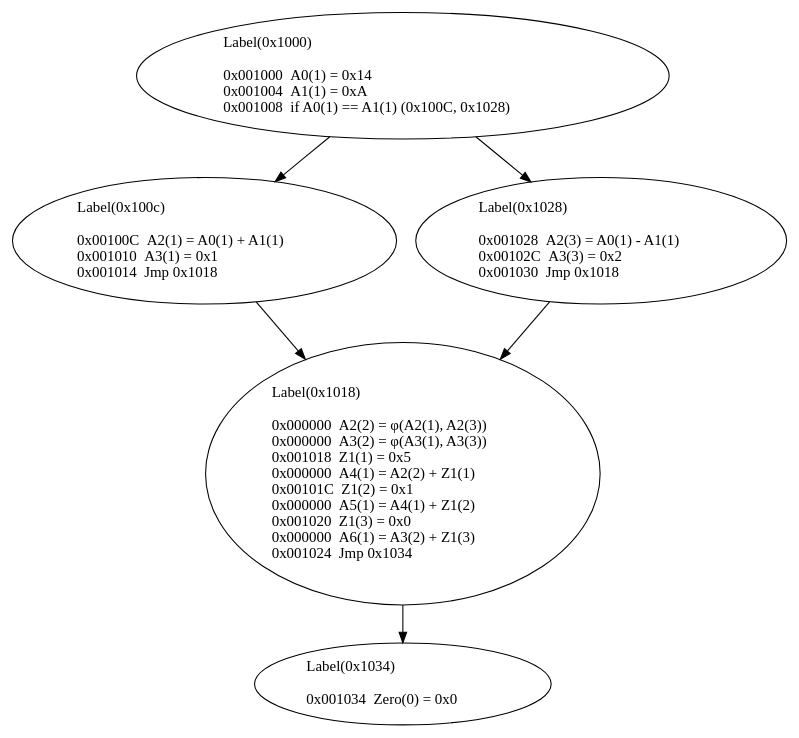
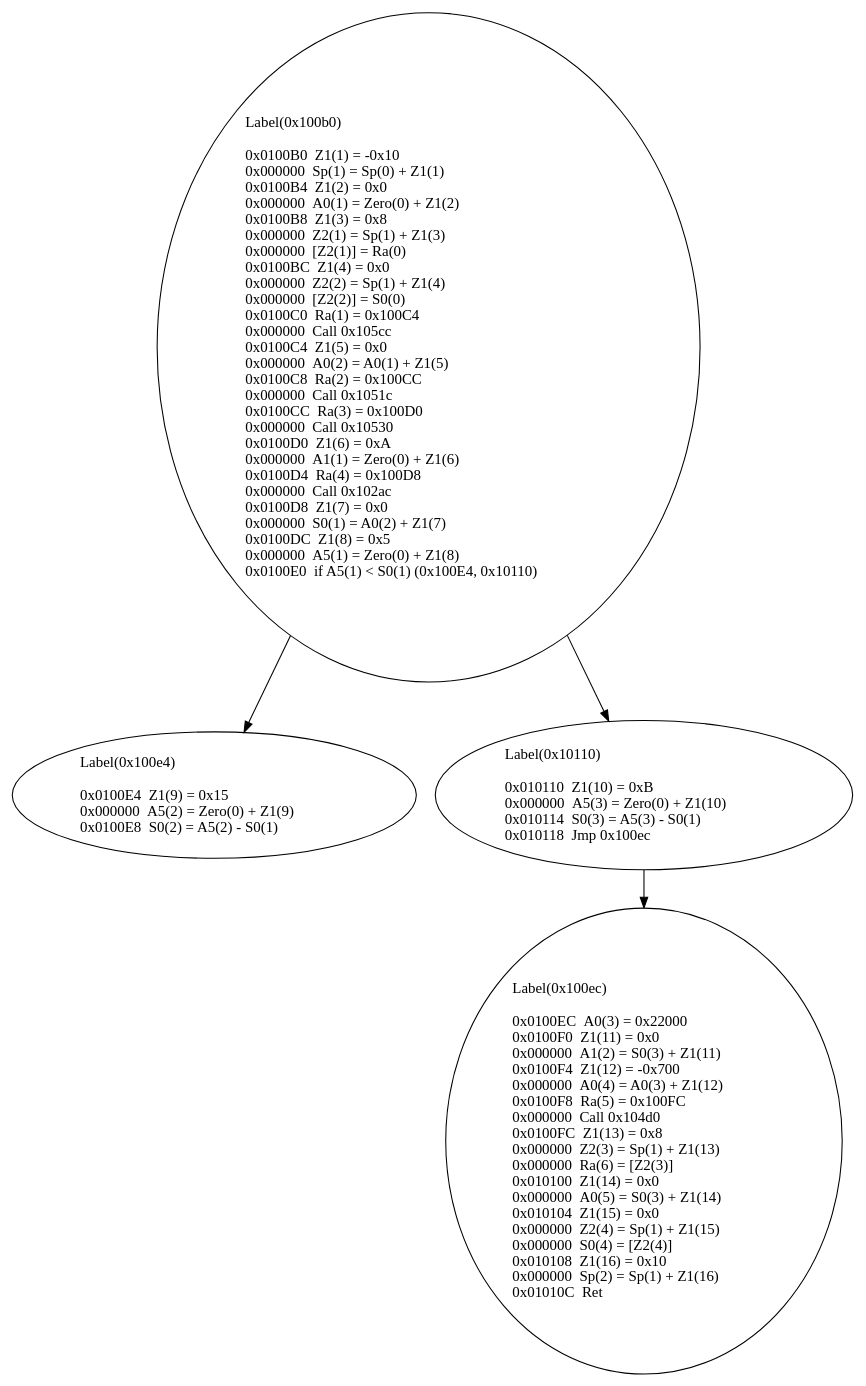
Before and after one commit to seal9055/sfuzz: the diagram in graph.dot, drawn with Graphviz. The commit also changed 8 other files, not shown here.

```diff
--- a/graph.dot
+++ b/graph.dot
@@ -1,12 +1,9 @@
 digraph {
-    0 [ label = "	Label(0x1000)\l\l0x001000  A0(1) = 0x14\l0x001004  A1(1) = 0xA\l0x001008  if A0(1) == A1(1) (0x100C, 0x1028)\l" ]
-    1 [ label = "	Label(0x100c)\l\l0x00100C  A2(1) = A0(1) + A1(1)\l0x001010  A3(1) = 0x1\l0x001014  Jmp 0x1018\l" ]
-    2 [ label = "	Label(0x1018)\l\l0x000000  A2(2) = φ(A2(1), A2(3))\l0x000000  A3(2) = φ(A3(1), A3(3))\l0x001018  Z1(1) = 0x5\l0x000000  A4(1) = A2(2) + Z1(1)\l0x00101C  Z1(2) = 0x1\l0x000000  A5(1) = A4(1) + Z1(2)\l0x001020  Z1(3) = 0x0\l0x000000  A6(1) = A3(2) + Z1(3)\l0x001024  Jmp 0x1034\l" ]
-    3 [ label = "	Label(0x1028)\l\l0x001028  A2(3) = A0(1) - A1(1)\l0x00102C  A3(3) = 0x2\l0x001030  Jmp 0x1018\l" ]
-    4 [ label = "	Label(0x1034)\l\l0x001034  Zero(0) = 0x0\l" ]
+    0 [ label = "	Label(0x100b0)\l\l0x0100B0  Z1(1) = -0x10\l0x000000  Sp(1) = Sp(0) + Z1(1)\l0x0100B4  Z1(2) = 0x0\l0x000000  A0(1) = Zero(0) + Z1(2)\l0x0100B8  Z1(3) = 0x8\l0x000000  Z2(1) = Sp(1) + Z1(3)\l0x000000  [Z2(1)] = Ra(0)\l0x0100BC  Z1(4) = 0x0\l0x000000  Z2(2) = Sp(1) + Z1(4)\l0x000000  [Z2(2)] = S0(0)\l0x0100C0  Ra(1) = 0x100C4\l0x000000  Call 0x105cc\l0x0100C4  Z1(5) = 0x0\l0x000000  A0(2) = A0(1) + Z1(5)\l0x0100C8  Ra(2) = 0x100CC\l0x000000  Call 0x1051c\l0x0100CC  Ra(3) = 0x100D0\l0x000000  Call 0x10530\l0x0100D0  Z1(6) = 0xA\l0x000000  A1(1) = Zero(0) + Z1(6)\l0x0100D4  Ra(4) = 0x100D8\l0x000000  Call 0x102ac\l0x0100D8  Z1(7) = 0x0\l0x000000  S0(1) = A0(2) + Z1(7)\l0x0100DC  Z1(8) = 0x5\l0x000000  A5(1) = Zero(0) + Z1(8)\l0x0100E0  if A5(1) < S0(1) (0x100E4, 0x10110)\l" ]
+    1 [ label = "	Label(0x100e4)\l\l0x0100E4  Z1(9) = 0x15\l0x000000  A5(2) = Zero(0) + Z1(9)\l0x0100E8  S0(2) = A5(2) - S0(1)\l" ]
+    2 [ label = "	Label(0x100ec)\l\l0x0100EC  A0(3) = 0x22000\l0x0100F0  Z1(11) = 0x0\l0x000000  A1(2) = S0(3) + Z1(11)\l0x0100F4  Z1(12) = -0x700\l0x000000  A0(4) = A0(3) + Z1(12)\l0x0100F8  Ra(5) = 0x100FC\l0x000000  Call 0x104d0\l0x0100FC  Z1(13) = 0x8\l0x000000  Z2(3) = Sp(1) + Z1(13)\l0x000000  Ra(6) = [Z2(3)]\l0x010100  Z1(14) = 0x0\l0x000000  A0(5) = S0(3) + Z1(14)\l0x010104  Z1(15) = 0x0\l0x000000  Z2(4) = Sp(1) + Z1(15)\l0x000000  S0(4) = [Z2(4)]\l0x010108  Z1(16) = 0x10\l0x000000  Sp(2) = Sp(1) + Z1(16)\l0x01010C  Ret\l" ]
+    3 [ label = "	Label(0x10110)\l\l0x010110  Z1(10) = 0xB\l0x000000  A5(3) = Zero(0) + Z1(10)\l0x010114  S0(3) = A5(3) - S0(1)\l0x010118  Jmp 0x100ec\l" ]
     0 -> 1 [ ]
     0 -> 3 [ ]
-    1 -> 2 [ ]
-    2 -> 4 [ ]
     3 -> 2 [ ]
 }
```
